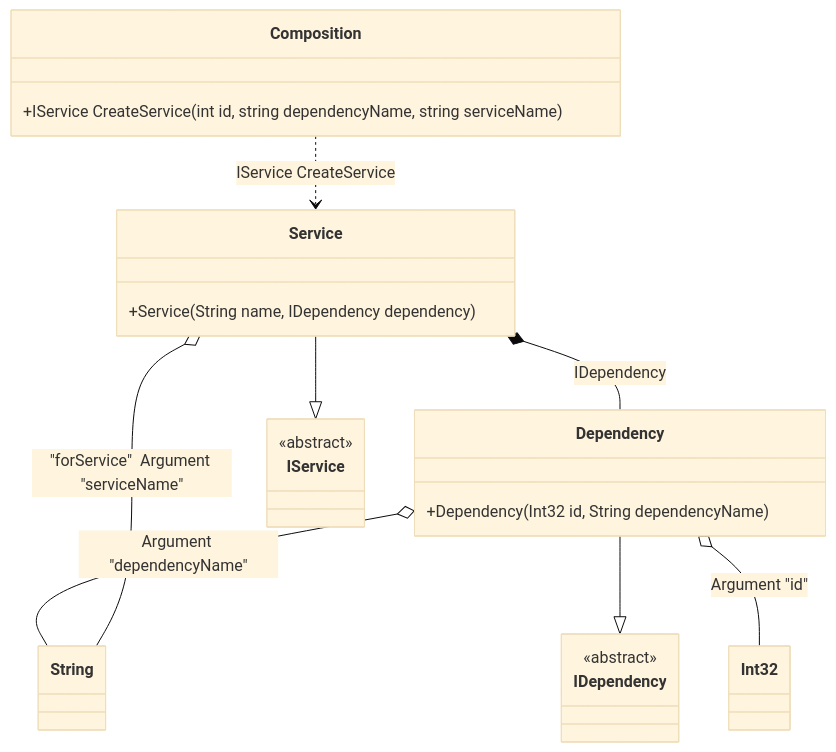
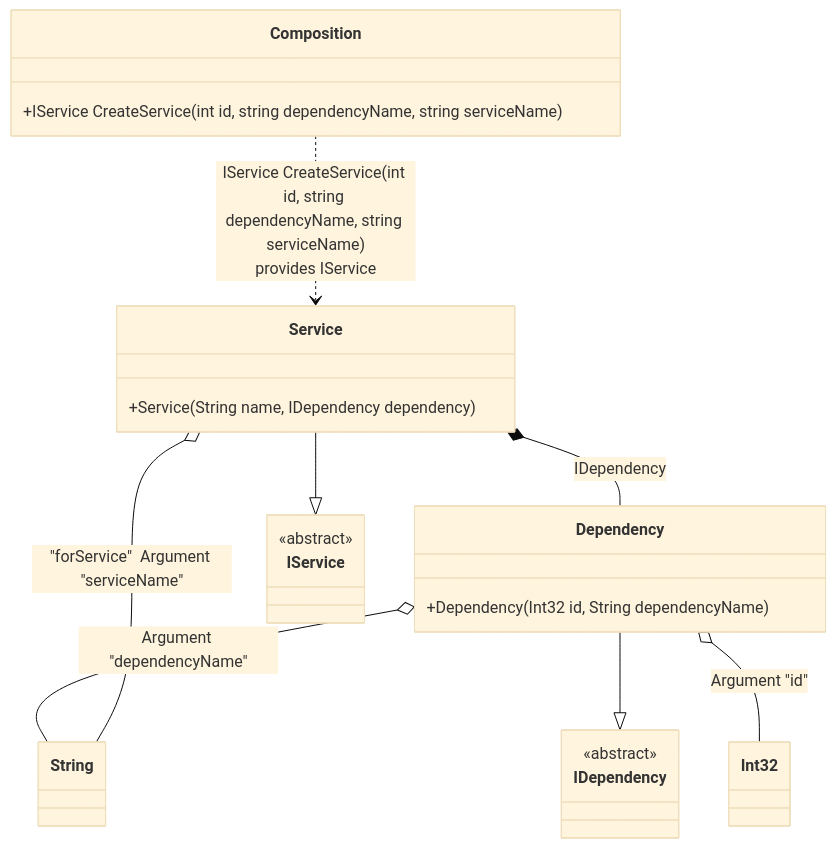
One commit to DevTeam/Pure.DI changed the diagram in readme/root-arguments.md. Above: the diagram before and after it, drawn with Mermaid (base theme). The commit also changed other lines of this file and 73 other files, not shown here.

````diff
--- a/readme/root-arguments.md
+++ b/readme/root-arguments.md
@@ -65,27 +65,27 @@
 ```mermaid
 classDiagram
   class Composition {
     +IService CreateService(int id, string dependencyName, string serviceName)
   }
   class Int32
   class String
   Dependency --|> IDependency : 
   class Dependency {
     +Dependency(Int32 id, String dependencyName)
   }
   Service --|> IService : 
   class Service {
     +Service(String name, IDependency dependency)
   }
   class IDependency {
     <<abstract>>
   }
   class IService {
     <<abstract>>
   }
   Dependency o-- Int32 : Argument "id"
   Dependency o-- String : Argument "dependencyName"
   Service o-- String : "forService"  Argument "serviceName"
   Service *--  Dependency : IDependency
-  Composition ..> Service : IService CreateService
+  Composition ..> Service : IService CreateService(int id, string dependencyName, string serviceName)<br/>provides IService
 ```
````
